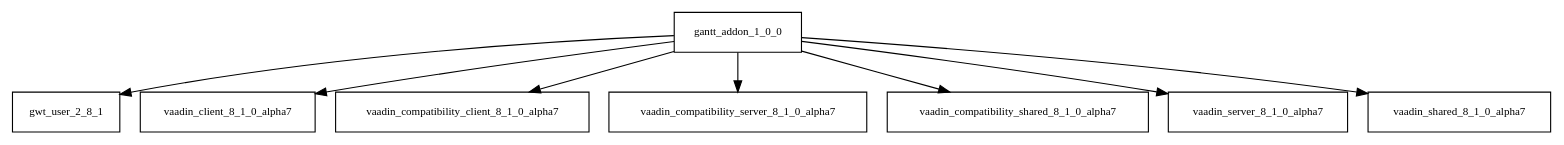
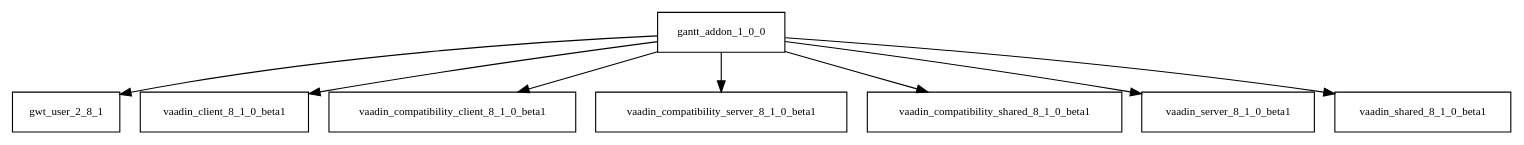
One commit to AglaianWoman/cia changed the diagram in tattleTaleReport/graphviz/gantt-addon-1.0.0.jar/gantt-addon-1.0.0.jar.dot. Above: the diagram before and after it, drawn with Graphviz. The commit also changed 2185 other files, not shown here.

```diff
--- a/tattleTaleReport/graphviz/gantt-addon-1.0.0.jar/gantt-addon-1.0.0.jar.dot
+++ b/tattleTaleReport/graphviz/gantt-addon-1.0.0.jar/gantt-addon-1.0.0.jar.dot
@@ -1,10 +1,10 @@
 digraph gantt_addon_1_0_0_dependencies {
   node [shape = box, fontsize=10.0];
   gantt_addon_1_0_0 -> gwt_user_2_8_1;
-  gantt_addon_1_0_0 -> vaadin_client_8_1_0_alpha7;
-  gantt_addon_1_0_0 -> vaadin_compatibility_client_8_1_0_alpha7;
-  gantt_addon_1_0_0 -> vaadin_compatibility_server_8_1_0_alpha7;
-  gantt_addon_1_0_0 -> vaadin_compatibility_shared_8_1_0_alpha7;
-  gantt_addon_1_0_0 -> vaadin_server_8_1_0_alpha7;
-  gantt_addon_1_0_0 -> vaadin_shared_8_1_0_alpha7;
+  gantt_addon_1_0_0 -> vaadin_client_8_1_0_beta1;
+  gantt_addon_1_0_0 -> vaadin_compatibility_client_8_1_0_beta1;
+  gantt_addon_1_0_0 -> vaadin_compatibility_server_8_1_0_beta1;
+  gantt_addon_1_0_0 -> vaadin_compatibility_shared_8_1_0_beta1;
+  gantt_addon_1_0_0 -> vaadin_server_8_1_0_beta1;
+  gantt_addon_1_0_0 -> vaadin_shared_8_1_0_beta1;
 }
```
